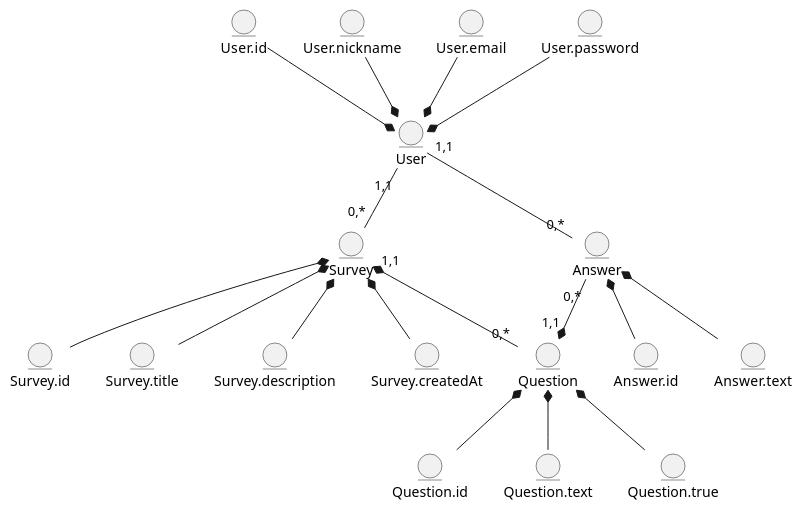
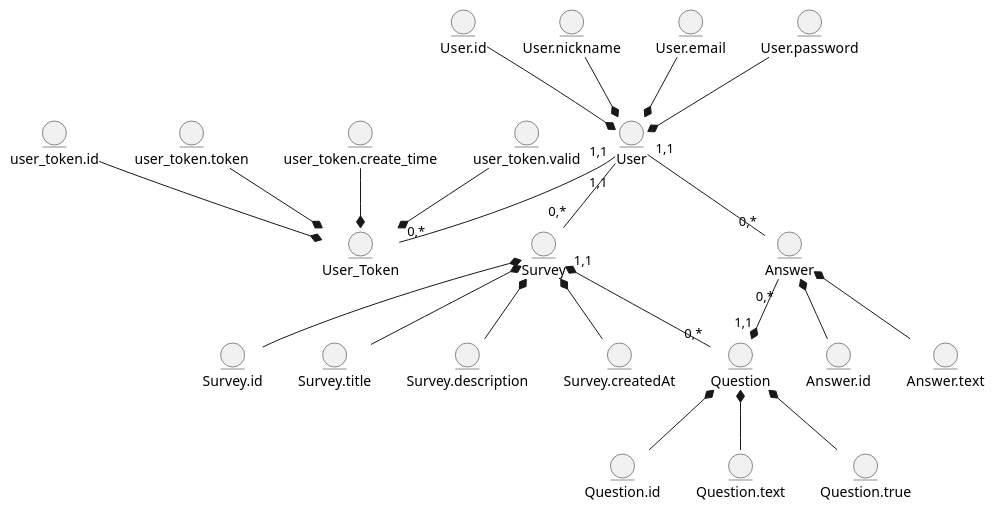
The first of 2 diagrams in docs/design/README.md (shmatkoden/db-course-theme1), drawn with PlantUML before and after one commit. The commit also changed other lines of this file and 3 other files, not shown here.

```diff
--- a/docs/design/README.md
+++ b/docs/design/README.md
@@ -11,62 +11,74 @@
 @startuml
 
     entity User
-    
     entity Survey
     entity Question
     entity Answer
+    entity User_Token
+    
 
     
     User "1,1"--"0,*" Answer
+    User "1,1"--"0,*" User_Token
     User "1,1"--"0,*" Survey
     Survey "1,1"*--"0,*" Question
     Answer "0,*"--*"1,1" Question
     
 
     entity User.id
     entity User.nickname
     entity User.email
     entity User.password
+    
+   
+    entity user_token.id
+    entity user_token.token
+    entity user_token.create_time
+    entity user_token.valid
     
 
 
     
 
     entity Survey.id
     entity Survey.title
     entity Survey.description
     entity Survey.createdAt
 
     entity Question.id
     entity Question.text
     entity Question.true
 
     entity Answer.id
     entity Answer.text
 
     
-
+    
+    user_token.id --* User_Token
+    user_token.token --* User_Token
+    user_token.create_time --* User_Token
+    user_token.valid --* User_Token
 
     User.id --* User
     User.nickname --* User
     User.email --* User
     User.password --* User
 
 
 
 
     Survey *-- Survey.id
     Survey *-- Survey.title
     Survey *-- Survey.description
     Survey *-- Survey.createdAt
 
     Question *-- Question.id
     Question *-- Question.text
     Question *-- Question.true
 
     Answer *-- Answer.id
     Answer *-- Answer.text
 
 
 
 @enduml
```
